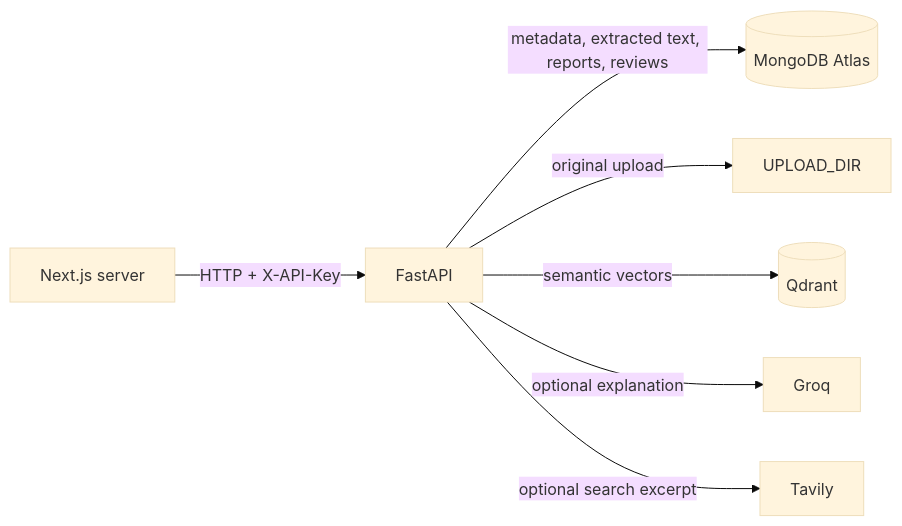
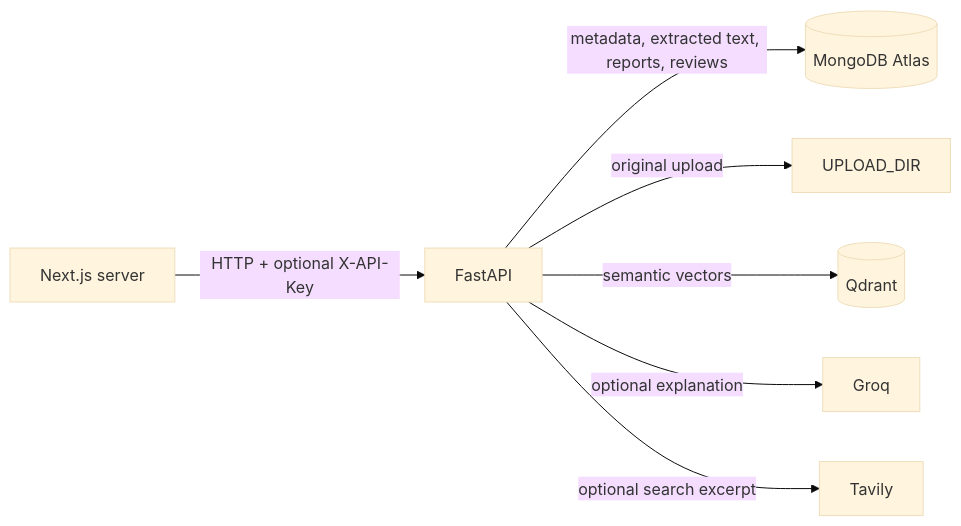
Before and after one commit to KinGambitX/terabox: the diagram in backend/API.md, drawn with Mermaid (base theme). The commit also changed other lines of this file and 125 other files, not shown here.

````diff
--- a/backend/API.md
+++ b/backend/API.md
@@ -36,9 +40,9 @@
 ```mermaid
 flowchart LR
-  UI[Next.js server] -->|HTTP + X-API-Key| API[FastAPI]
+  UI[Next.js server] -->|HTTP + optional X-API-Key| API[FastAPI]
   API -->|metadata, extracted text, reports, reviews| DB[(MongoDB Atlas)]
   API -->|original upload| Files[UPLOAD_DIR]
   API -->|semantic vectors| Q[(Qdrant)]
   API -->|optional explanation| Groq[Groq]
   API -->|optional search excerpt| Tavily[Tavily]
 ```
````
